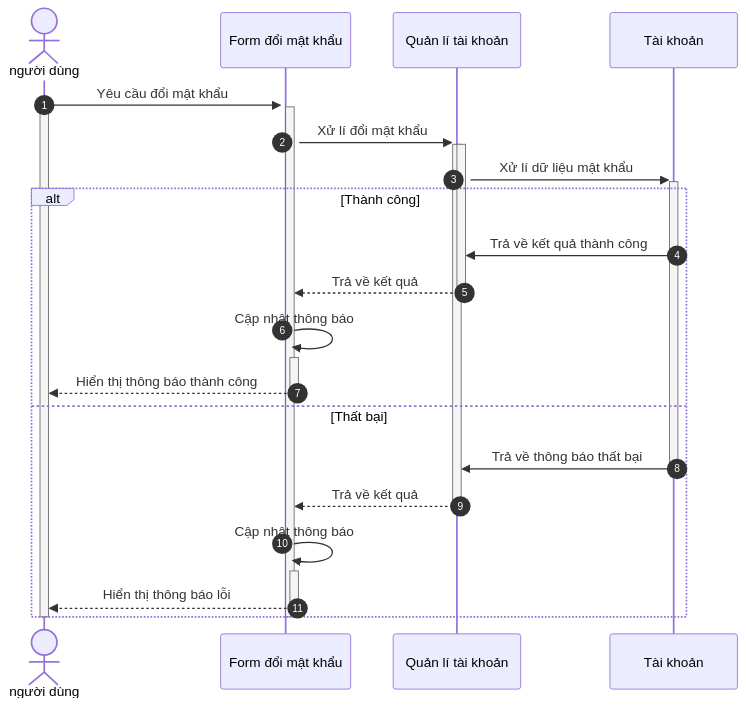
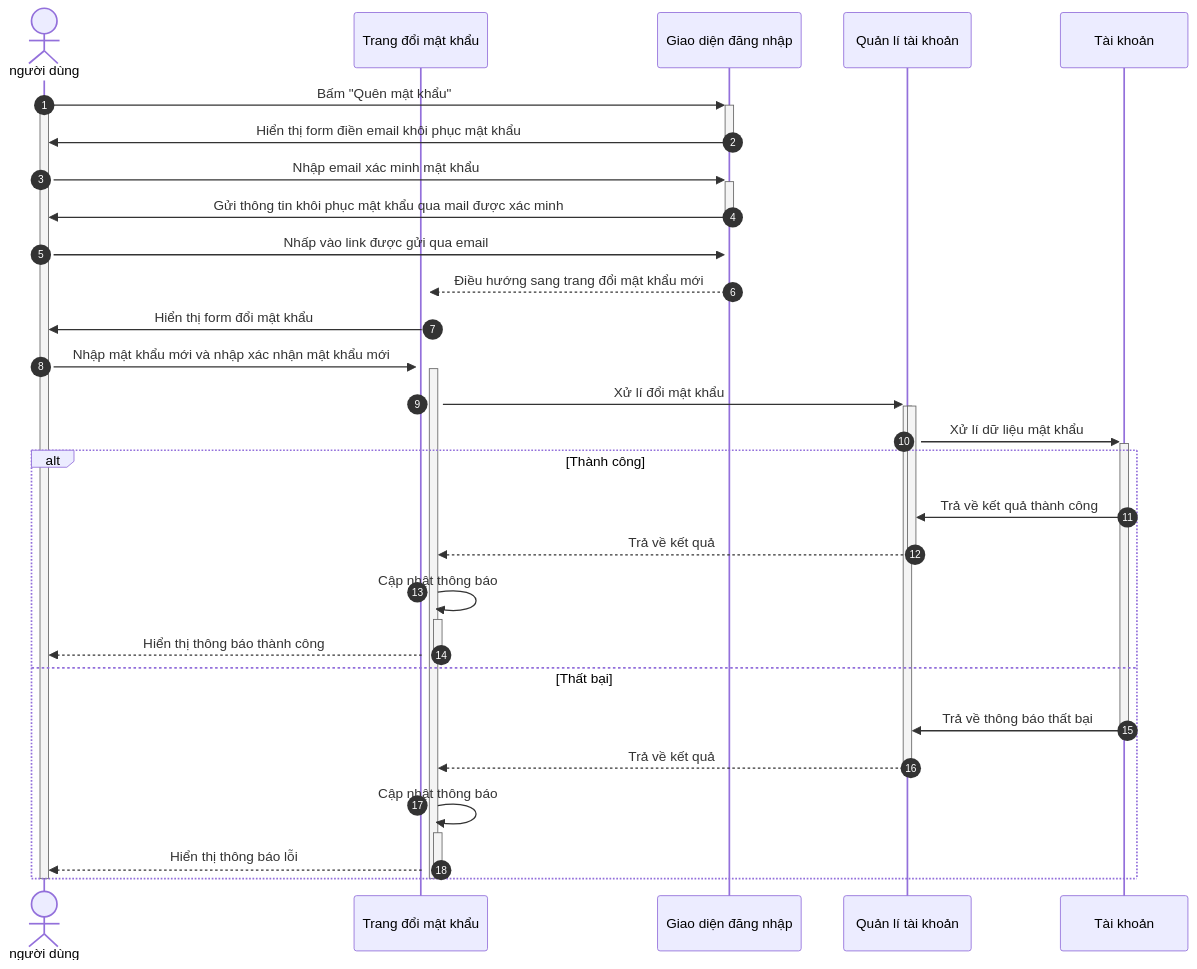
One commit to LienNTB/sequence-Mori changed the diagram in .document/sequence_KLTN/NguoiDung/QuenMatKhau.md. Above: the diagram before and after it, drawn with Mermaid.

````diff
--- a/.document/sequence_KLTN/NguoiDung/QuenMatKhau.md
+++ b/.document/sequence_KLTN/NguoiDung/QuenMatKhau.md
@@ -1,29 +1,38 @@
 ```mermaid
 sequenceDiagram
 actor user as người dùng
-participant ui as Form đổi mật khẩu
+participant ui as Trang đổi mật khẩu
+participant ui2 as Giao diện đăng nhập
 participant manage as Quản lí tài khoản
 participant db as Tài khoản
 autonumber
 
-user->>+ui: Yêu cầu đổi mật khẩu
+user->>+ui2: Bấm "Quên mật khẩu"
 activate user
 activate ui
+ui2->>-user: Hiển thị form điền email khôi phục mật khẩu
+user->>+ui2: Nhập email xác minh mật khẩu
+ui2->>-user: Gửi thông tin khôi phục mật khẩu qua mail được xác minh
+user->>+ui2: Nhấp vào link được gửi qua email
+activate ui
+ui2-->>+ui: Điều hướng sang trang đổi mật khẩu mới
+ui->>user: Hiển thị form đổi mật khẩu
+user->>+ui: Nhập mật khẩu mới và nhập xác nhận mật khẩu mới
 ui->>+manage: Xử lí đổi mật khẩu
 activate manage
 manage->>+db: Xử lí dữ liệu mật khẩu
 alt Thành công
 db->>manage:Trả về kết quả thành công
 manage-->>-ui:Trả về kết quả
 ui->>+ui: Cập nhật thông báo
 ui-->>-user: Hiển thị thông báo thành công
 else Thất bại
 db->>-manage:Trả về thông báo thất bại
 manage-->>-ui:Trả về kết quả
 ui->>+ui: Cập nhật thông báo
 ui-->>-user: Hiển thị thông báo lỗi
 end
 deactivate ui
 deactivate user
 
 ```
````
